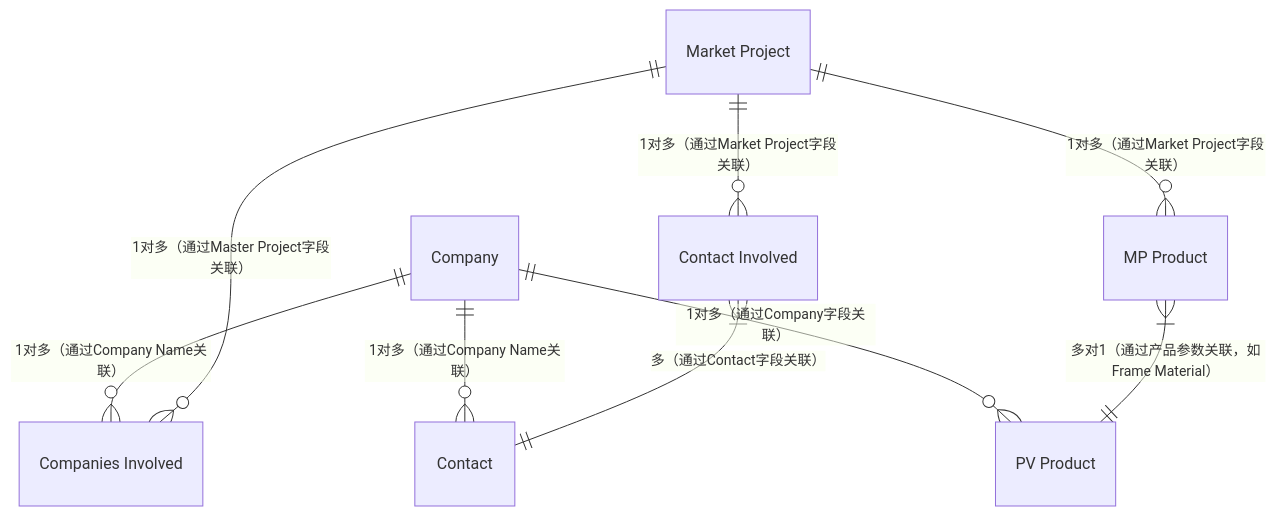
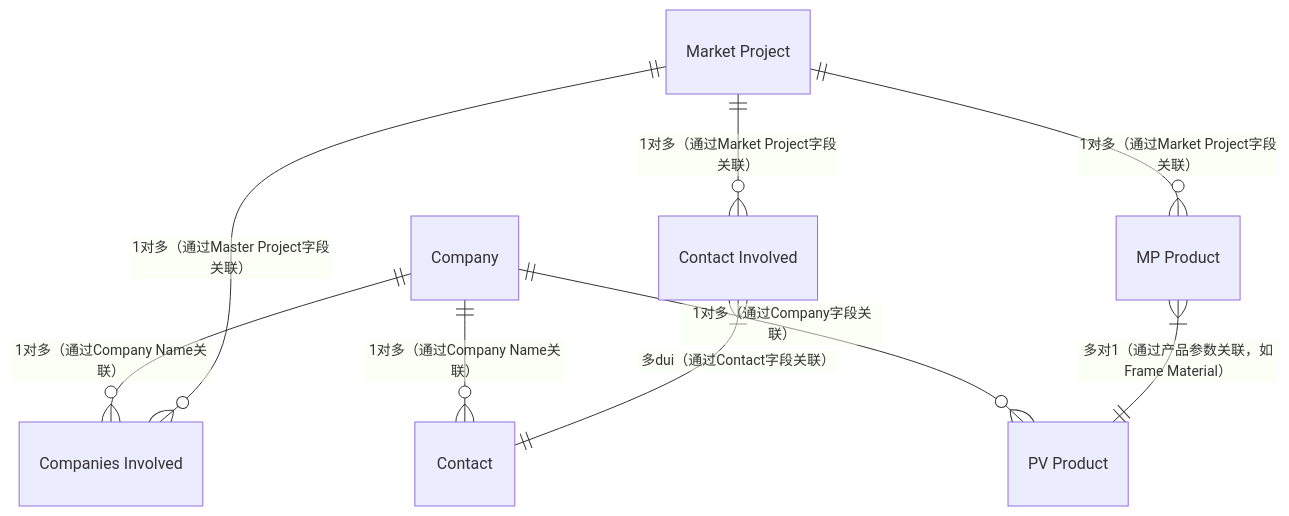
Before and after one commit to zhangziru-33/iodraw-files: the diagram in all/未命名.md, drawn with Mermaid.

Commit message:
2025-12-04 13:45:37 update

````diff
--- a/all/未命名.md
+++ b/all/未命名.md
@@ -1,11 +1,11 @@
 ```mermaid
 erDiagram
     Company ||--o{ "Companies Involved" : "1对多（通过Company Name关联）"
     Company ||--o{ "PV Product" : "1对多（通过Company字段关联）"
     Company ||--o{ "Contact" : "1对多（通过Company Name关联）"
     "Market Project" ||--o{ "Companies Involved" : "1对多（通过Master Project字段关联）"
     "Market Project" ||--o{ "Contact Involved" : "1对多（通过Market Project字段关联）"
     "Market Project" ||--o{ "MP Product" : "1对多（通过Market Project字段关联）"
     "MP Product" }|--|| "PV Product" : "多对1（通过产品参数关联，如Frame Material）"
-    "Contact Involved" }|--|| "Contact" : "多（通过Contact字段关联）"
+    "Contact Involved" }|--|| "Contact" : "多dui（通过Contact字段关联）"
 ```
````
